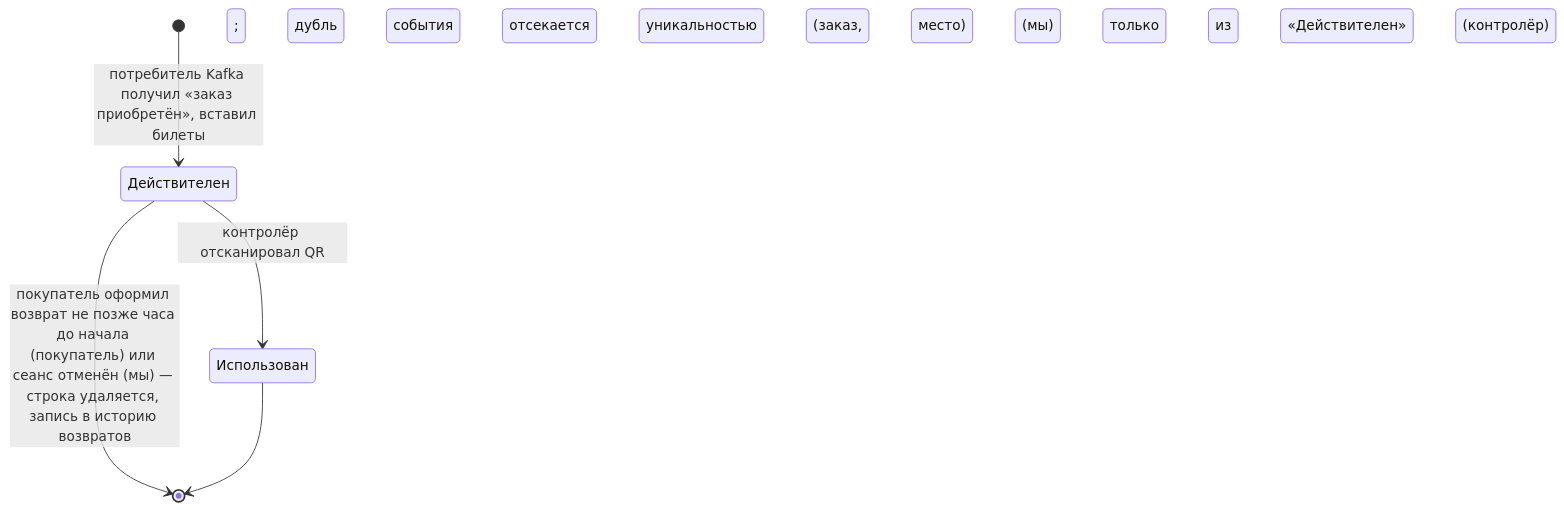
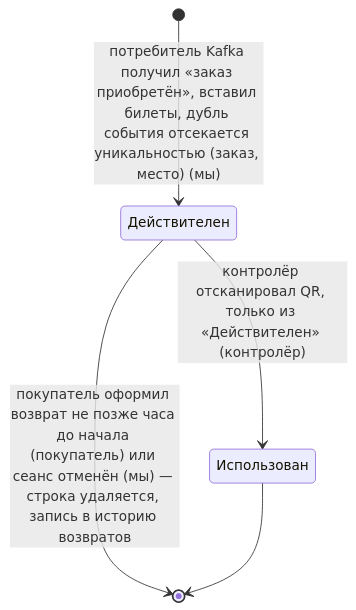
Before and after one commit to Drusiand/ticket-service: the diagram in docs/states/ticket.md, drawn with Mermaid. The commit also changed 1 other file, not shown here.

Commit message:
Fix mermaid labels broken by semicolons
A semicolon ends a statement in mermaid, so labels containing one were
cut off. Restore the ticket check-in arrow with a comma instead.

````diff
--- a/docs/states/ticket.md
+++ b/docs/states/ticket.md
@@ -5,10 +5,10 @@
 ```mermaid
 stateDiagram-v2
     state "Действителен" as Valid
     state "Использован" as Used
 
-    [*] --> Valid: потребитель Kafka получил «заказ приобретён», вставил билеты; дубль события отсекается уникальностью (заказ, место) (мы)
-    Valid --> Used: контролёр отсканировал QR; только из «Действителен» (контролёр)
+    [*] --> Valid: потребитель Kafka получил «заказ приобретён», вставил билеты, дубль события отсекается уникальностью (заказ, место) (мы)
+    Valid --> Used: контролёр отсканировал QR, только из «Действителен» (контролёр)
     Valid --> [*]: покупатель оформил возврат не позже часа до начала (покупатель) или сеанс отменён (мы) — строка удаляется, запись в историю возвратов
     Used --> [*]
 ```
````
